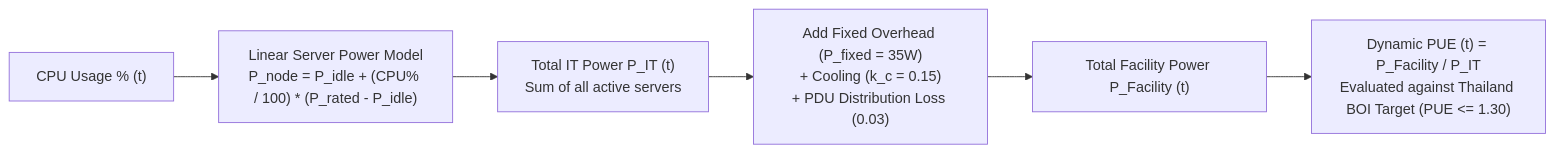
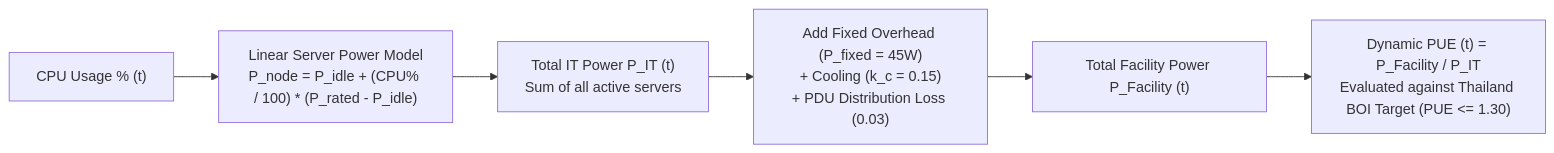
The second of 2 diagrams in README.md (Disorn1998/infrapulse), drawn with Mermaid before and after one commit. The commit also changed other lines of this file and 6 other files, not shown here.

Commit message:
docs: update README and comprehensive Thai & English user manuals with 8-zone 3D/2D architecture and centered inspector guide

````diff
--- a/README.md
+++ b/README.md
@@ -149,8 +208,8 @@
 ```mermaid
 flowchart LR
     A["CPU Usage % (t)"] --> B["Linear Server Power Model<br/>P_node = P_idle + (CPU% / 100) * (P_rated - P_idle)"]
     B --> C["Total IT Power P_IT (t)<br/>Sum of all active servers"]
-    C --> D["Add Fixed Overhead (P_fixed = 35W)<br/>+ Cooling (k_c = 0.15)<br/>+ PDU Distribution Loss (0.03)"]
+    C --> D["Add Fixed Overhead (P_fixed = 45W)<br/>+ Cooling (k_c = 0.15)<br/>+ PDU Distribution Loss (0.03)"]
     D --> E["Total Facility Power P_Facility (t)"]
     E --> F["Dynamic PUE (t) = P_Facility / P_IT<br/>Evaluated against Thailand BOI Target (PUE <= 1.30)"]
 ```
````
